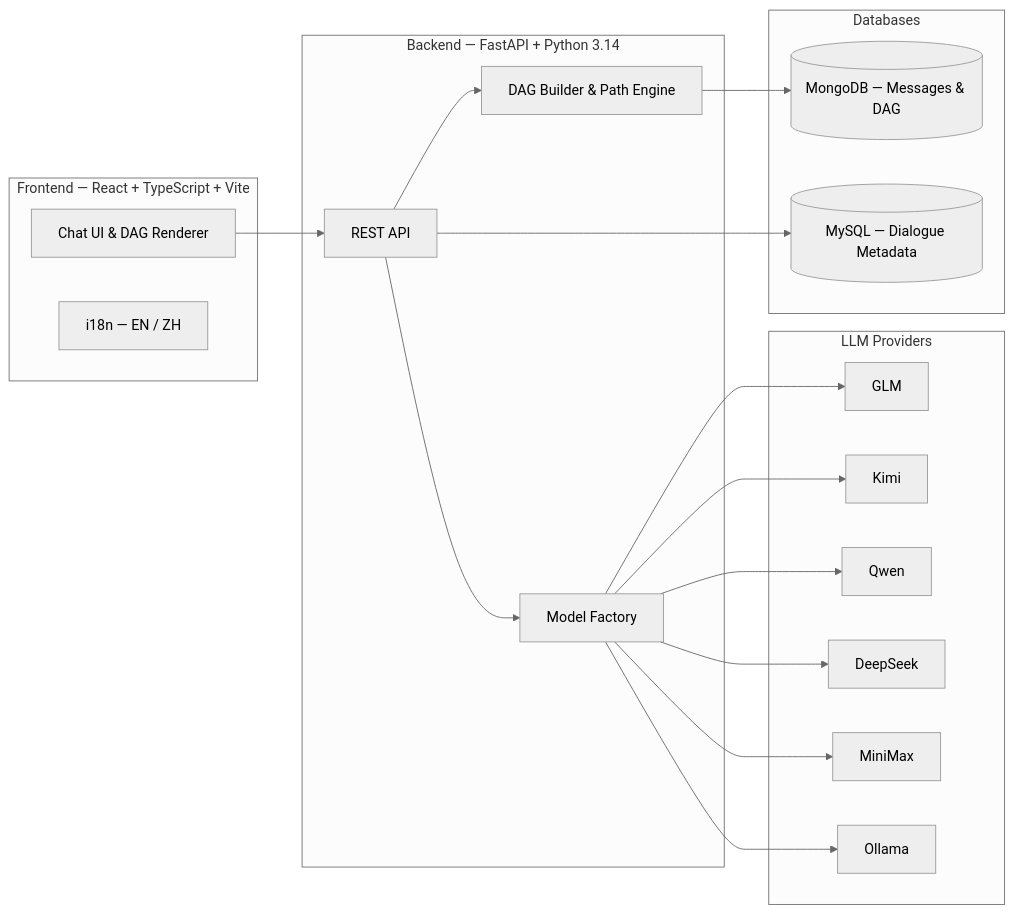
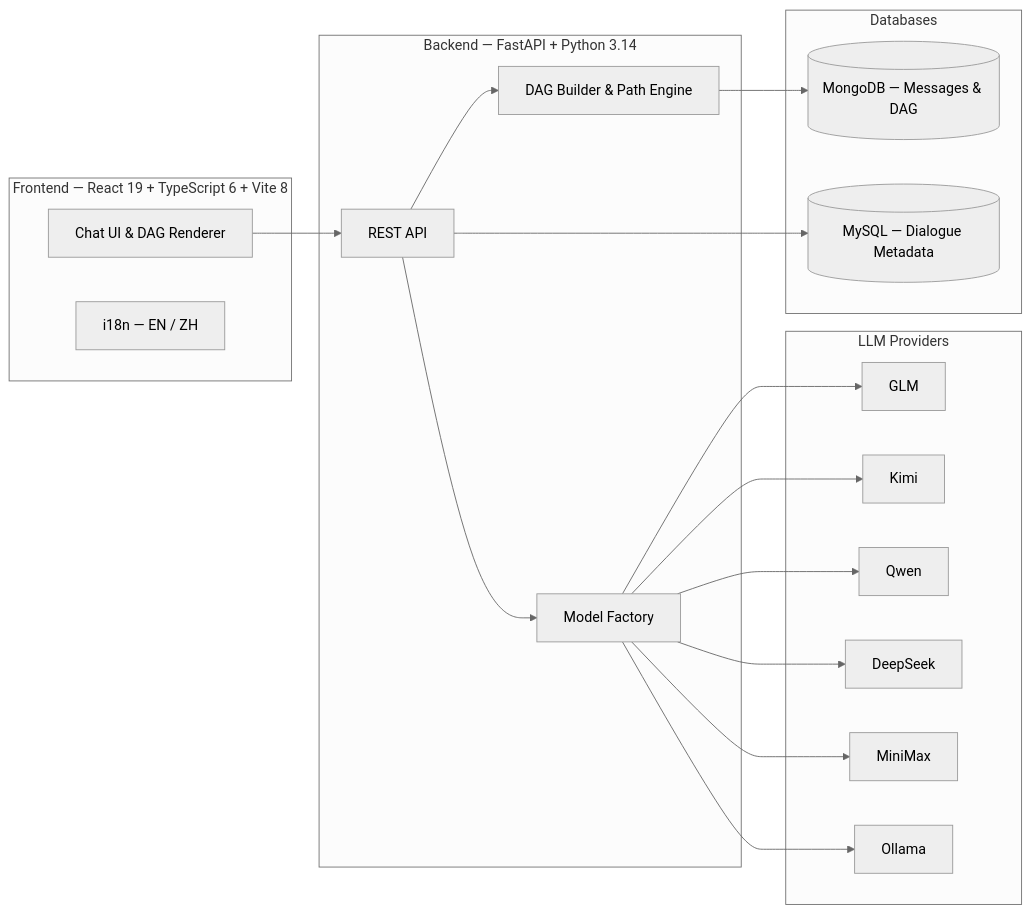
Before and after one commit to ZM-BAD/DAG-chat: the diagram in README.md, drawn with Mermaid (neutral theme). The commit also changed 11 other files, not shown here.

First line of the commit message:
build(frontend): upgrade TypeScript to 6.0.3

````diff
--- a/README.md
+++ b/README.md
@@ -51,24 +51,24 @@
 ```mermaid
 graph LR
-    subgraph Frontend ["Frontend — React + TypeScript + Vite"]
+    subgraph Frontend ["Frontend — React 19 + TypeScript 6 + Vite 8"]
         UI[Chat UI & DAG Renderer]
         i18n[i18n — EN / ZH]
     end
     subgraph Backend ["Backend — FastAPI + Python 3.14"]
         API[REST API]
         Factory[Model Factory]
         DAGLogic[DAG Builder & Path Engine]
     end
     subgraph LLM ["LLM Providers"]
         GLM & Kimi & Qwen & DS[DeepSeek] & MM[MiniMax] & Ollama
     end
     subgraph Storage ["Databases"]
         MongoDB[(MongoDB — Messages & DAG)]
         MySQL[(MySQL — Dialogue Metadata)]
     end
 
     UI --> API
     API --> Factory --> GLM & Kimi & Qwen & DS & MM & Ollama
     API --> DAGLogic --> MongoDB
     API --> MySQL
 ```
````
